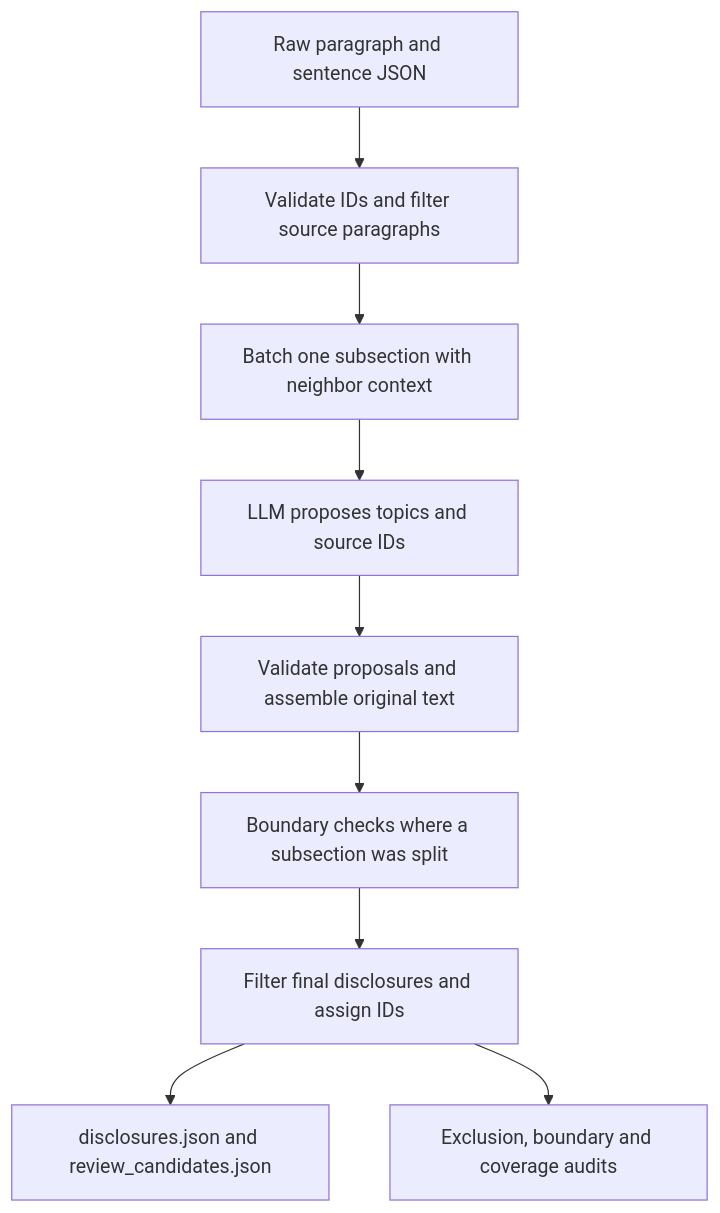
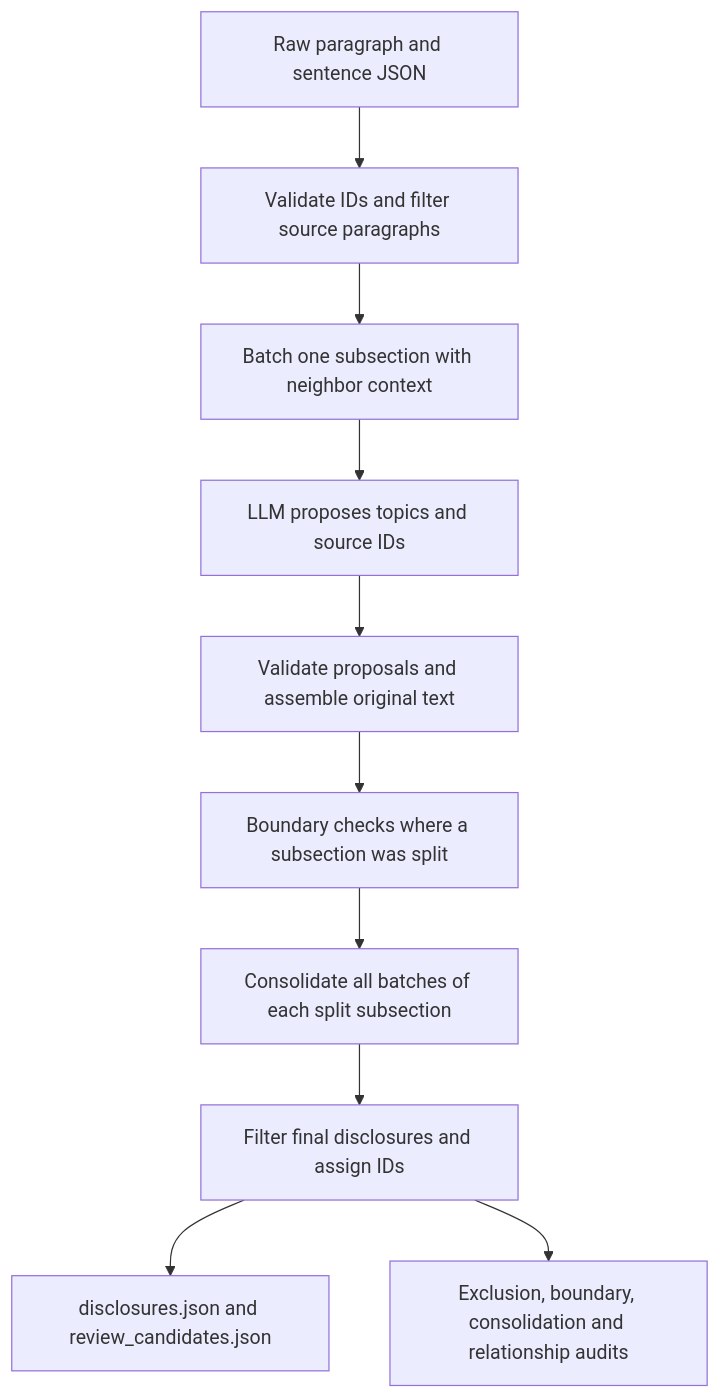
The diagram in docs/ZIYANG_disclosure_extraction.md (JingLeEa/sec-filings), drawn with Mermaid before and after one commit. The commit also changed other lines of this file and 15 other files, not shown here.

````diff
--- a/docs/ZIYANG_disclosure_extraction.md
+++ b/docs/ZIYANG_disclosure_extraction.md
@@ -32,11 +35,12 @@
 ```mermaid
 flowchart TD
     A[Raw paragraph and sentence JSON] --> B[Validate IDs and filter source paragraphs]
     B --> C[Batch one subsection with neighbor context]
     C --> D[LLM proposes topics and source IDs]
     D --> E[Validate proposals and assemble original text]
     E --> F[Boundary checks where a subsection was split]
-    F --> G[Filter final disclosures and assign IDs]
+    F --> J[Consolidate all batches of each split subsection]
+    J --> G[Filter final disclosures and assign IDs]
     G --> H[disclosures.json and review_candidates.json]
-    G --> I[Exclusion, boundary and coverage audits]
+    G --> I[Exclusion, boundary, consolidation and relationship audits]
 ```
````
